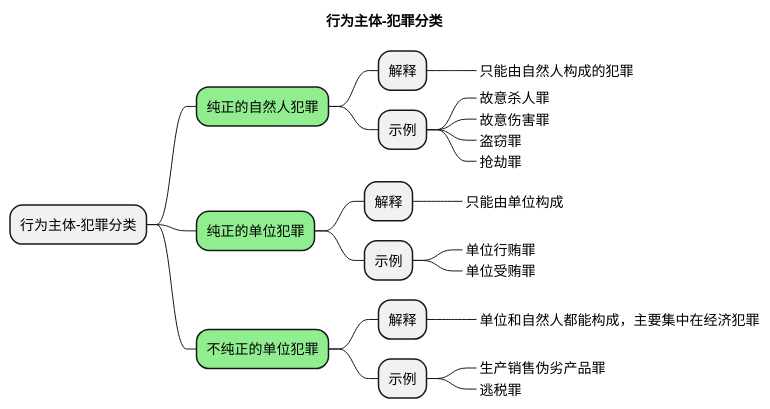
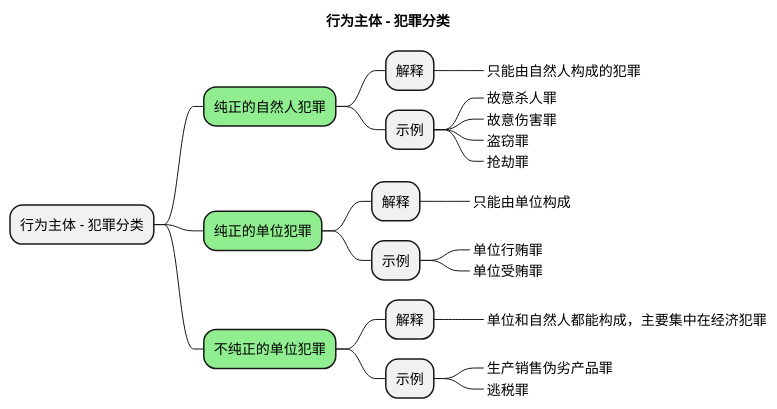
One commit to lsieun/lsieun.github.io changed the second of 2 diagrams in _law/criminal/general/刑法-03-犯罪论-客观要件-行为主体.md. Above: the diagram before and after it, drawn with PlantUML. The commit also changed other lines of this file and 169 other files, not shown here.

````diff
--- a/_law/criminal/general/刑法-03-犯罪论-客观要件-行为主体.md
+++ b/_law/criminal/general/刑法-03-犯罪论-客观要件-行为主体.md
@@ -22,29 +23,29 @@
 ```plantuml
 @startmindmap
 
-title 行为主体-犯罪分类
+title 行为主体 - 犯罪分类
 
-* 行为主体-犯罪分类
+* 行为主体 - 犯罪分类
     *[#lightgreen] 纯正的自然人犯罪
         * 解释
             *_ 只能由自然人构成的犯罪
         * 示例
             *_ 故意杀人罪
             *_ 故意伤害罪
             *_ 盗窃罪
             *_ 抢劫罪
     *[#lightgreen] 纯正的单位犯罪
         * 解释
             *_ 只能由单位构成
         * 示例
             *_ 单位行贿罪
             *_ 单位受贿罪
     *[#lightgreen] 不纯正的单位犯罪
         * 解释
             *_ 单位和自然人都能构成，主要集中在经济犯罪
         * 示例
             *_ 生产销售伪劣产品罪
             *_ 逃税罪
 
 @endmindmap
 ```
````
